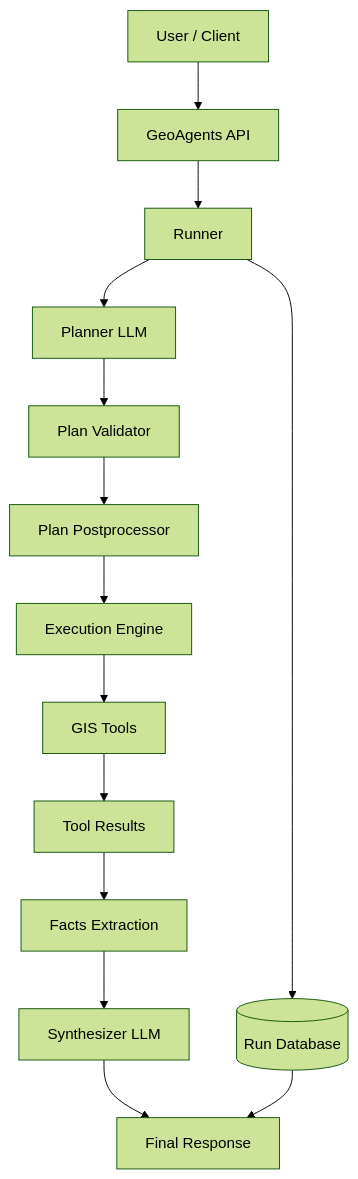
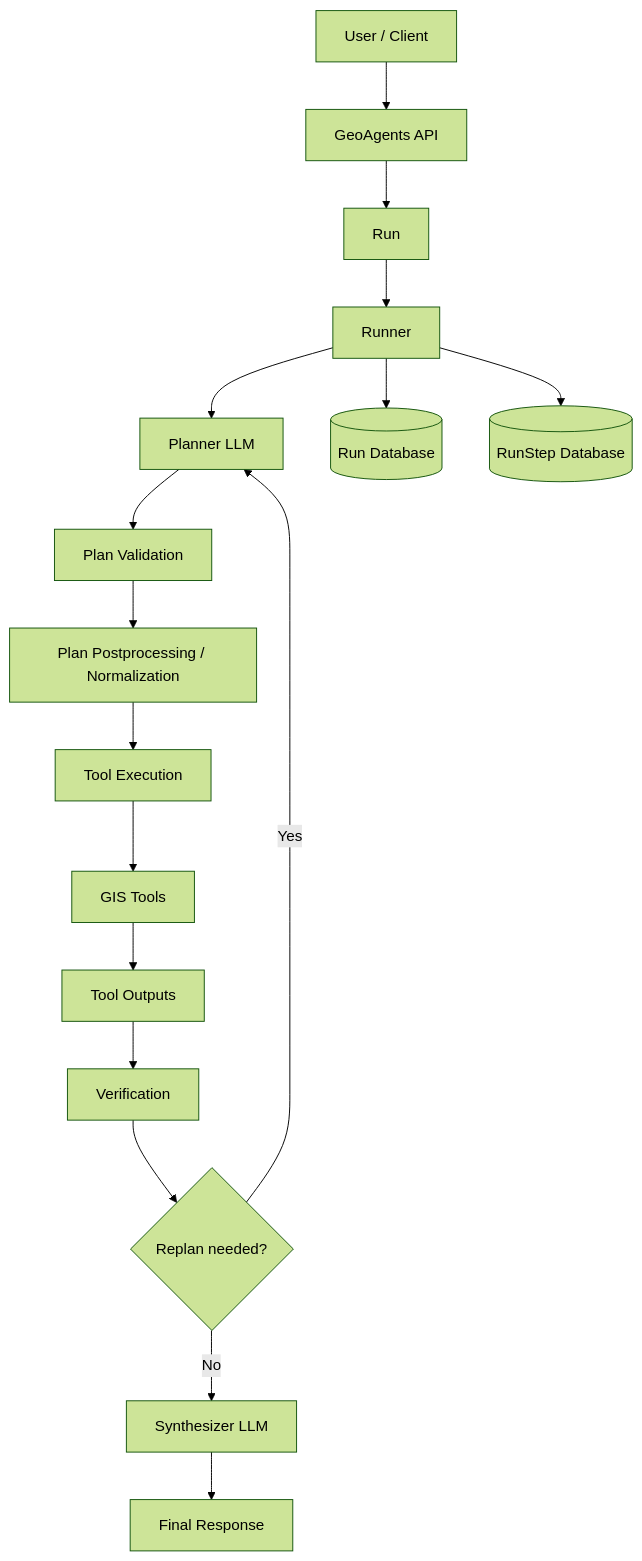
One commit to juaquicar/GeoAgents changed the first of 16 diagrams in docs/diagrams.md. Above: the diagram before and after it, drawn with Mermaid (forest theme). The commit also changed other lines of this file and 12 other files, not shown here.

`````diff
--- a/docs/diagrams.md
+++ b/docs/diagrams.md
@@ -13,27 +13,28 @@
 ```mermaid
 flowchart TD
 
 A[User / Client] --> B[GeoAgents API]
 
-B --> C[Runner]
+B --> C[Run]
 
-C --> D[Planner LLM]
-D --> E[Plan Validator]
+C --> D[Runner]
 
-E --> F[Plan Postprocessor]
+D --> E[Planner LLM]
+E --> F[Plan Validation]
+F --> G[Plan Postprocessing / Normalization]
 
-F --> G[Execution Engine]
+G --> H[Tool Execution]
+H --> I[GIS Tools]
+I --> J[Tool Outputs]
 
-G --> H[GIS Tools]
+J --> K[Verification]
+K --> L{Replan needed?}
 
-H --> I[Tool Results]
-I --> J[Facts Extraction]
+L -->|Yes| E
+L -->|No| M[Synthesizer LLM]
 
-J --> K[Synthesizer LLM]
+M --> N[Final Response]
 
-K --> L[Final Response]
-
-C --> M[(Run Database)]
-
-M --> L
-````
+D --> O[(Run Database)]
+D --> P[(RunStep Database)]
+```
`````
